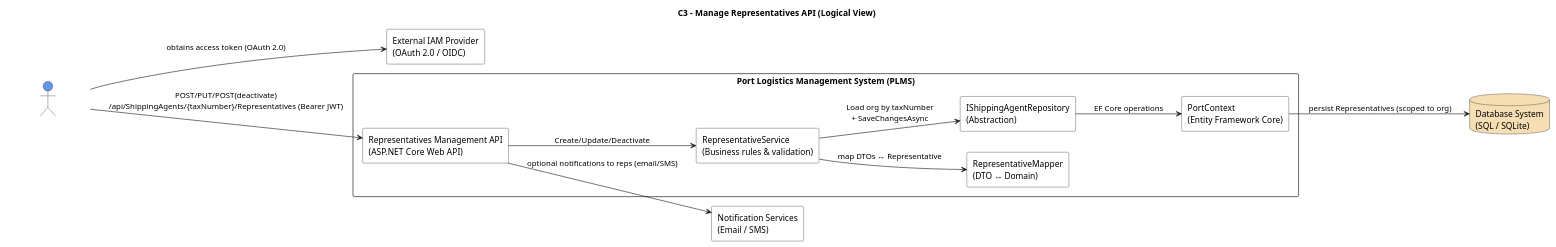
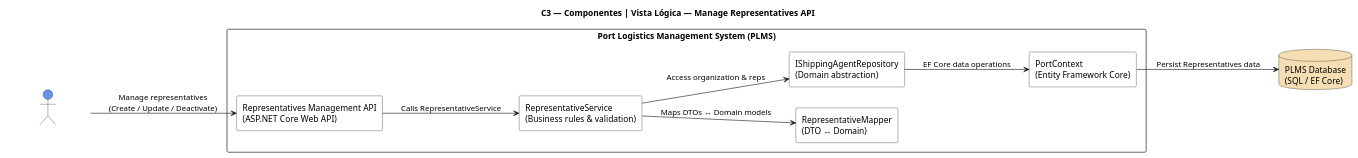
One commit to Departamento-de-Engenharia-Informatica/LEI-SEM5-PI-2025-26-3DM-03 changed the diagram in Docs/Sprint A/US 2.2.6/Modelo c4/C3_Logica.puml. Above: the diagram before and after it, drawn with PlantUML. The commit also changed 12 other files, not shown here.

```diff
--- a/Docs/Sprint A/US 2.2.6/Modelo c4/C3_Logica.puml
+++ b/Docs/Sprint A/US 2.2.6/Modelo c4/C3_Logica.puml
@@ -1,47 +1,41 @@
 @startuml C3_Manage_Representatives_Logical_View
-title C3 – Manage Representatives API (Logical View)
+title C3 — Componentes | Vista Lógica — Manage Representatives API
 left to right direction
 hide empty members
 
 skinparam rectangle {
   BackgroundColor White
   BorderColor Black
   FontColor Black
 }
 skinparam database {
   BackgroundColor Wheat
   BorderColor Black
   FontColor Black
 }
 skinparam actor {
   BackgroundColor CornflowerBlue
   FontColor White
   BorderColor Black
 }
 
 actor "Port Authority Officer" as Officer
 
 rectangle "Port Logistics Management System (PLMS)" as PLMS {
   rectangle "Representatives Management API\n(ASP.NET Core Web API)" as API
   rectangle "RepresentativeService\n(Business rules & validation)" as Service
   rectangle "RepresentativeMapper\n(DTO ↔ Domain)" as Mapper
-  rectangle "IShippingAgentRepository\n(Abstraction)" as Repo
+  rectangle "IShippingAgentRepository\n(Domain abstraction)" as Repo
   rectangle "PortContext\n(Entity Framework Core)" as Context
 }
 
-database "Database System\n(SQL / SQLite)" as DB
-rectangle "External IAM Provider\n(OAuth 2.0 / OIDC)" as IAM
-rectangle "Notification Services\n(Email / SMS)" as Notif
+database "PLMS Database\n(SQL / EF Core)" as DB
 
-Officer --> IAM : obtains access token (OAuth 2.0)
-Officer --> API : POST/PUT/POST(deactivate)\n/api/ShippingAgents/{taxNumber}/Representatives (Bearer JWT)
-
-API --> Service : Create/Update/Deactivate
-Service --> Mapper : map DTOs ↔ Representative
-Service --> Repo : Load org by taxNumber\n+ SaveChangesAsync
-Repo --> Context : EF Core operations
-Context --> DB : persist Representatives (scoped to org)
-
-API --> Notif : optional notifications to reps (email/SMS)
+Officer --> API : Manage representatives\n(Create / Update / Deactivate)
+API --> Service : Calls RepresentativeService
+Service --> Mapper : Maps DTOs ↔ Domain models
+Service --> Repo : Access organization & reps
+Repo --> Context : EF Core data operations
+Context --> DB : Persist Representatives data
 
 @enduml
```
